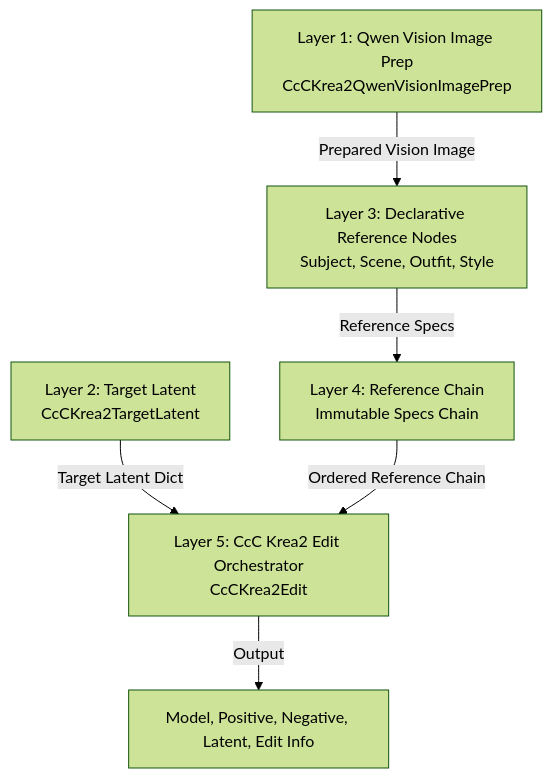
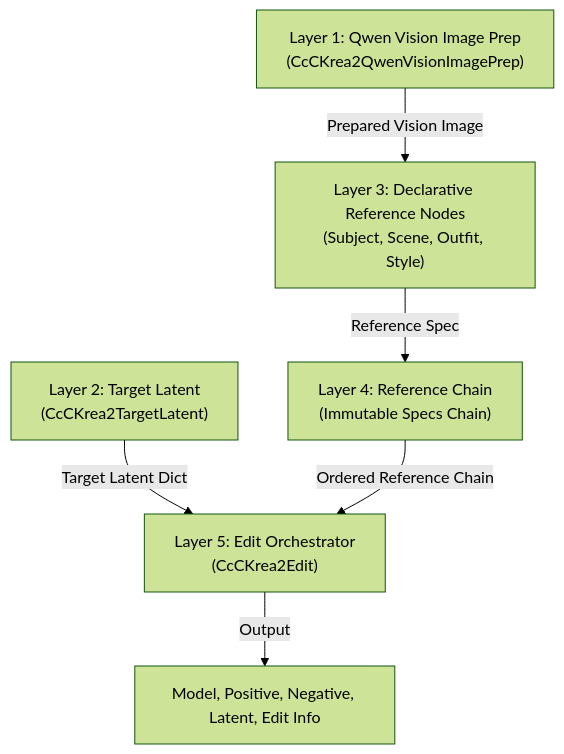
One commit to demonccc/ComfyUI-CcC-Krea2 changed the diagram in ARCHITECTURE.md. Above: the diagram before and after it, drawn with Mermaid (forest theme). The commit also changed other lines of this file and 2 other files, not shown here.

Commit message:
docs: rewrite modular architecture node reference and strategies

````diff
--- a/ARCHITECTURE.md
+++ b/ARCHITECTURE.md
@@ -18,8 +18,8 @@
 ```mermaid
 graph TD
-    L1[Layer 1: Qwen Vision Image Prep<br/>CcCKrea2QwenVisionImagePrep] -->|Prepared Vision Image| L3[Layer 3: Declarative Reference Nodes<br/>Subject, Scene, Outfit, Style]
-    L2[Layer 2: Target Latent<br/>CcCKrea2TargetLatent] -->|Target Latent Dict| L5[Layer 5: CcC Krea2 Edit Orchestrator<br/>CcCKrea2Edit]
-    L3 -->|Reference Specs| L4[Layer 4: Reference Chain<br/>Immutable Specs Chain]
+    L1["Layer 1: Qwen Vision Image Prep<br/>(CcCKrea2QwenVisionImagePrep)"] -->|Prepared Vision Image| L3["Layer 3: Declarative Reference Nodes<br/>(Subject, Scene, Outfit, Style)"]
+    L2["Layer 2: Target Latent<br/>(CcCKrea2TargetLatent)"] -->|Target Latent Dict| L5["Layer 5: Edit Orchestrator<br/>(CcCKrea2Edit)"]
+    L3 -->|Reference Spec| L4["Layer 4: Reference Chain<br/>(Immutable Specs Chain)"]
     L4 -->|Ordered Reference Chain| L5
-    L5 -->|Output| OUT[Model, Positive, Negative, Latent, Edit Info]
+    L5 -->|Output| OUT["Model, Positive, Negative, Latent, Edit Info"]
 ```
````
